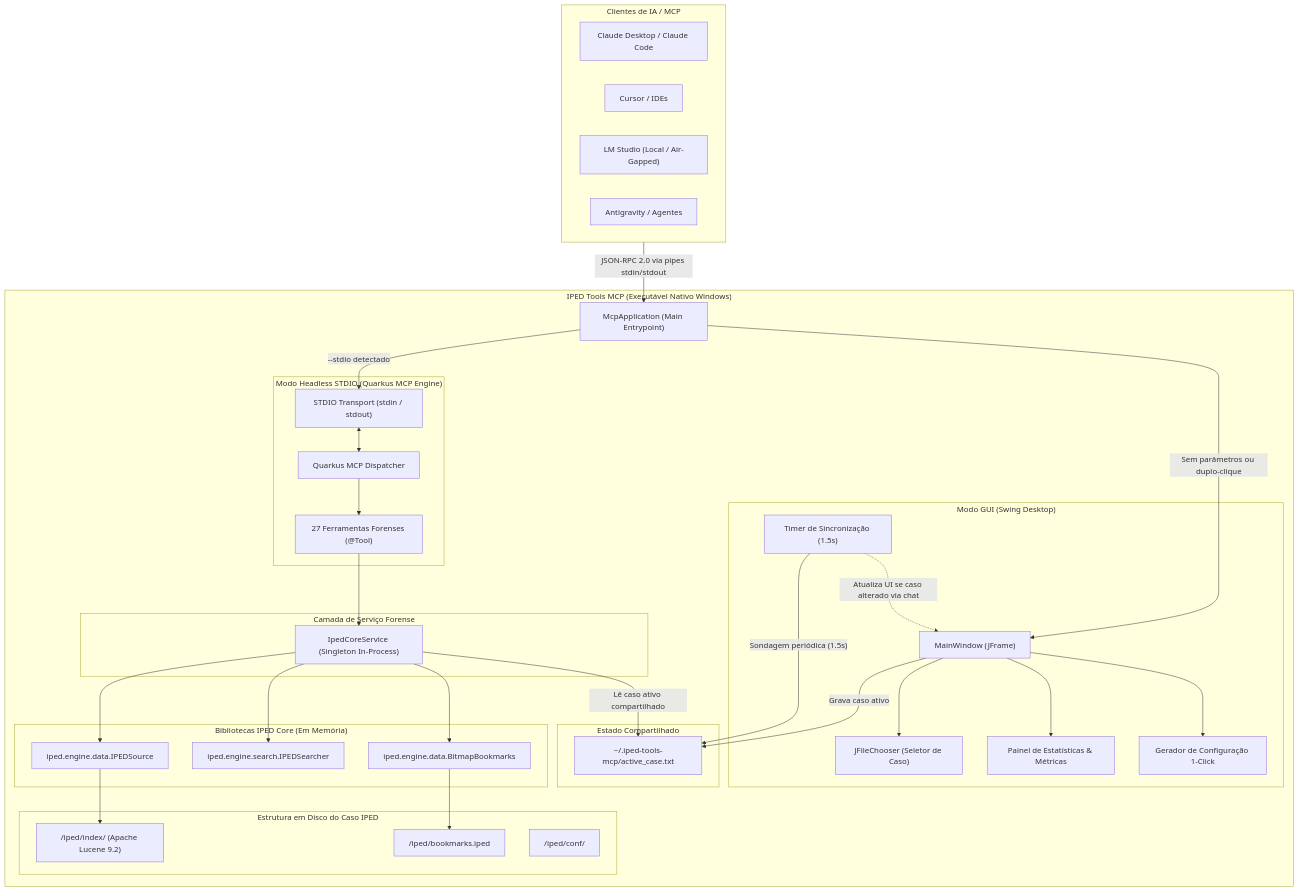
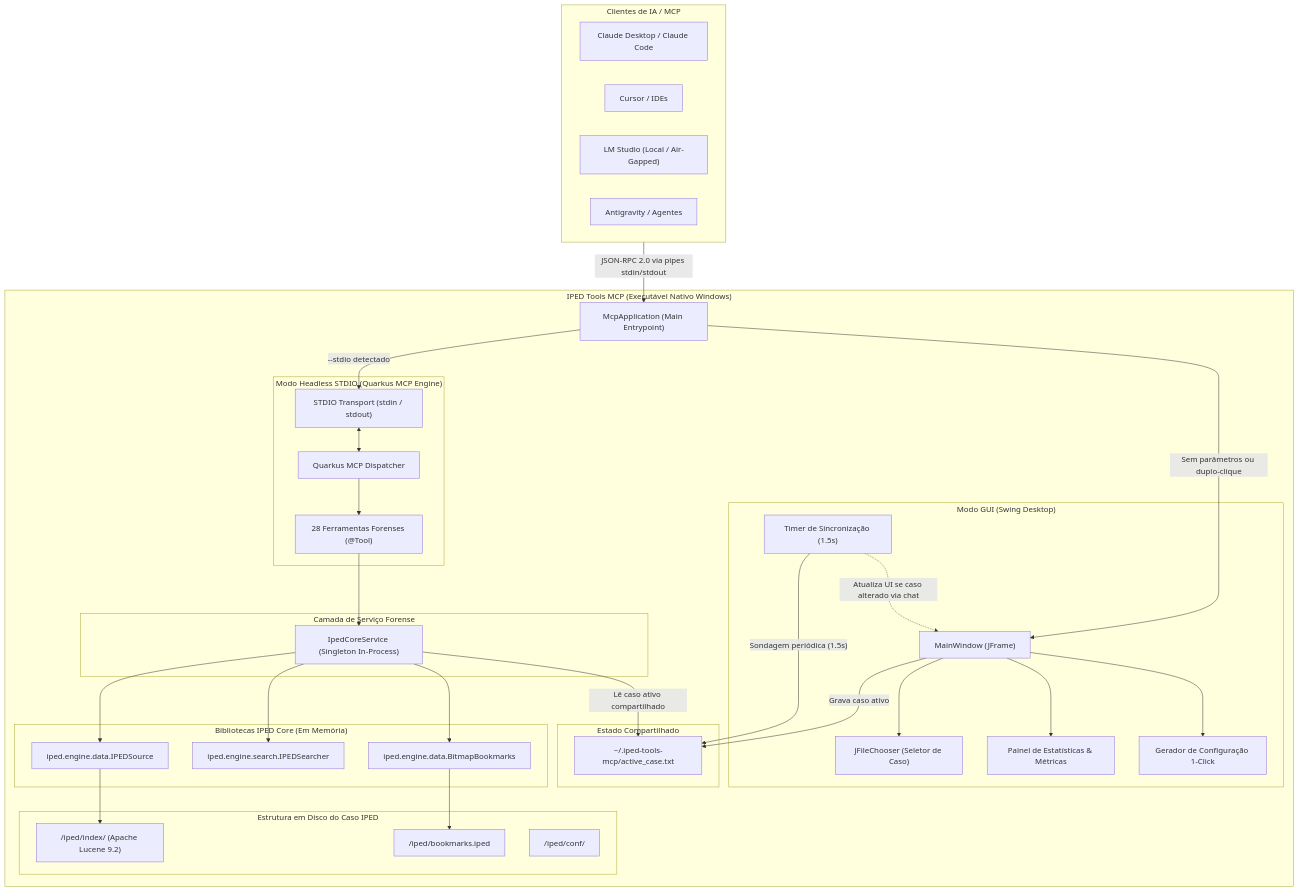
Before and after one commit to thiagofuer/iped-tools-mcp: the first of 2 diagrams in docs/wiki/Dev-Arquitetura.md, drawn with Mermaid. The commit also changed 29 other files, not shown here.

````diff
--- a/docs/wiki/Dev-Arquitetura.md
+++ b/docs/wiki/Dev-Arquitetura.md
@@ -9,70 +9,70 @@
 ```mermaid
 graph TD
     subgraph LLM_Client ["Clientes de IA / MCP"]
         Claude["Claude Desktop / Claude Code"]
         CursorApp["Cursor / IDEs"]
         LMStudio["LM Studio (Local / Air-Gapped)"]
         Antigravity["Antigravity / Agentes"]
     end
 
     subgraph Product ["IPED Tools MCP (Executável Nativo Windows)"]
         Launcher["McpApplication (Main Entrypoint)"]
 
         subgraph GUI_Layer ["Modo GUI (Swing Desktop)"]
             MainWindow["MainWindow (JFrame)"]
             CaseSelector["JFileChooser (Seletor de Caso)"]
             StatsPanel["Painel de Estatísticas & Métricas"]
             ConfigGen["Gerador de Configuração 1-Click"]
             GuiTimer["Timer de Sincronização (1.5s)"]
         end
 
         subgraph State_Sync ["Estado Compartilhado"]
             ActiveCaseFile["~/.iped-tools-mcp/active_case.txt"]
         end
 
         subgraph MCP_Layer ["Modo Headless STDIO (Quarkus MCP Engine)"]
             StdioHandler["STDIO Transport (stdin / stdout)"]
             McpDispatcher["Quarkus MCP Dispatcher"]
-            Tools["27 Ferramentas Forenses (@Tool)"]
+            Tools["28 Ferramentas Forenses (@Tool)"]
         end
 
         subgraph Core_Service ["Camada de Serviço Forense"]
             IpedService["IpedCoreService (Singleton In-Process)"]
         end
 
         subgraph IPED_Core ["Bibliotecas IPED Core (Em Memória)"]
             IPEDSource["iped.engine.data.IPEDSource"]
             IPEDSearcher["iped.engine.search.IPEDSearcher"]
             Bookmarks["iped.engine.data.BitmapBookmarks"]
         end
 
         subgraph Case_Files ["Estrutura em Disco do Caso IPED"]
             LuceneIndex["<caso>/iped/index/ (Apache Lucene 9.2)"]
             BookmarksFile["<caso>/iped/bookmarks.iped"]
             ConfFiles["<caso>/iped/conf/"]
         end
     end
 
     LLM_Client -->|"JSON-RPC 2.0 via pipes stdin/stdout"| Launcher
     Launcher -->|"--stdio detectado"| StdioHandler
     Launcher -->|"Sem parâmetros ou duplo-clique"| MainWindow
 
     MainWindow --> CaseSelector
     MainWindow --> StatsPanel
     MainWindow --> ConfigGen
     MainWindow -->|"Grava caso ativo"| ActiveCaseFile
     GuiTimer -->|"Sondagem periódica (1.5s)"| ActiveCaseFile
     GuiTimer -.->|"Atualiza UI se caso alterado via chat"| MainWindow
 
     StdioHandler <--> McpDispatcher
     McpDispatcher --> Tools
     Tools --> IpedService
     IpedService -->|"Lê caso ativo compartilhado"| ActiveCaseFile
 
     IpedService --> IPEDSource
     IpedService --> IPEDSearcher
     IpedService --> Bookmarks
 
     IPEDSource --> LuceneIndex
     Bookmarks --> BookmarksFile
 ```
````
